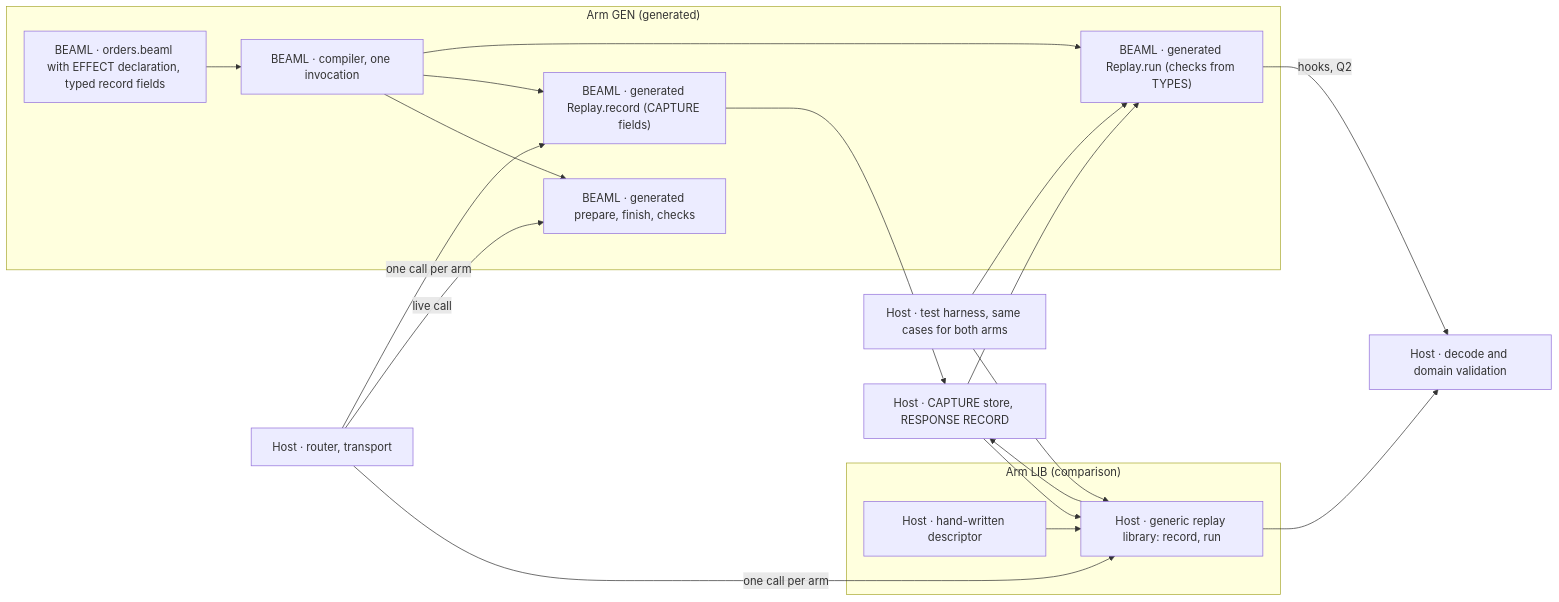
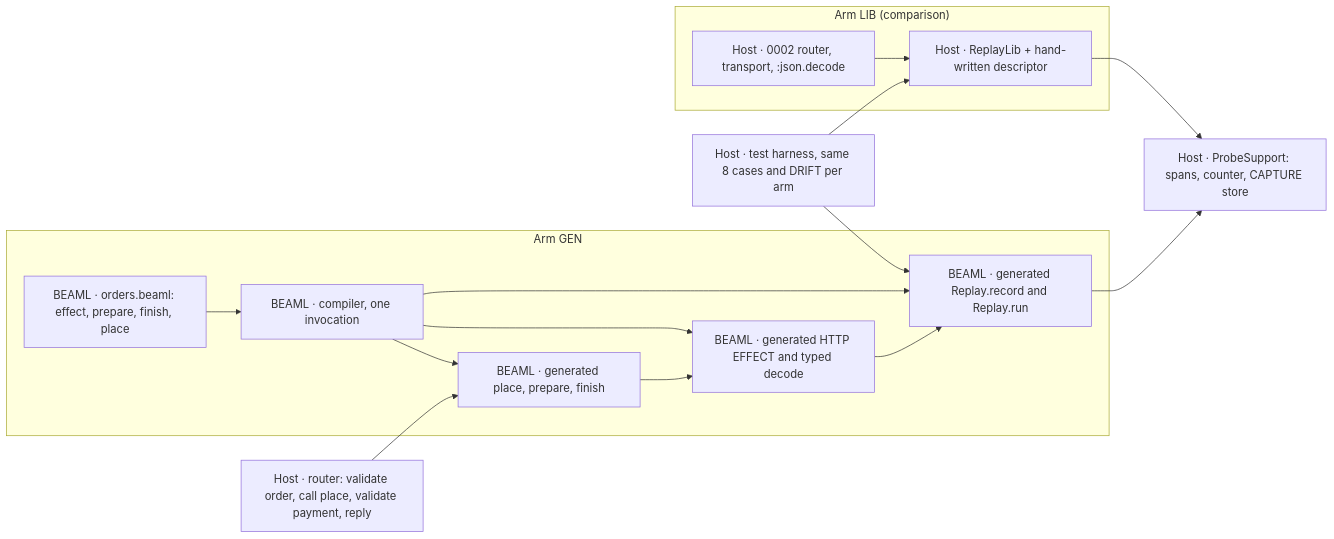
One commit to 13ue/beaml changed the diagram in experiments/0004-generated-replay/README.md. Above: the diagram before and after it, drawn with Mermaid. The commit also changed other lines of this file and 1 other file, not shown here.

````diff
--- a/experiments/0004-generated-replay/README.md
+++ b/experiments/0004-generated-replay/README.md
@@ -29,23 +30,18 @@
 ```mermaid
 flowchart LR
-  subgraph GEN["Arm GEN (generated)"]
-    D["BEAML · orders.beaml with EFFECT declaration, typed record fields"] --> C["BEAML · compiler, one invocation"]
-    C --> G["BEAML · generated prepare, finish, checks"]
-    C --> GR["BEAML · generated Replay.record (CAPTURE fields)"]
-    C --> GN["BEAML · generated Replay.run (checks from TYPES)"]
+  subgraph GEN["Arm GEN"]
+    S["BEAML · orders.beaml: effect, prepare, finish, place"] --> C["BEAML · compiler, one invocation"]
+    C --> P["BEAML · generated place, prepare, finish"]
+    C --> T["BEAML · generated HTTP EFFECT and typed decode"]
+    C --> R["BEAML · generated Replay.record and Replay.run"]
   end
   subgraph LIB["Arm LIB (comparison)"]
-    LD["Host · hand-written descriptor"] --> LL["Host · generic replay library: record, run"]
+    LH["Host · 0002 router, transport, :json.decode"] --> LL["Host · ReplayLib + hand-written descriptor"]
   end
-  H["Host · router, transport"] -->|live call| G
-  H -->|one call per arm| GR
-  H -->|one call per arm| LL
-  GR --> S["Host · CAPTURE store, RESPONSE RECORD"]
-  LL --> S
-  S --> GN
-  S --> LL
-  GN -->|hooks, Q2| X["Host · decode and domain validation"]
-  LL --> X
-  E["Host · test harness, same cases for both arms"] --> GN
-  E --> LL
+  H["Host · router: validate order, call place, validate payment, reply"] --> P
+  P --> T --> R
+  R --> ST["Host · ProbeSupport: spans, counter, CAPTURE store"]
+  LL --> ST
+  X["Host · test harness, same 8 cases and DRIFT per arm"] --> R
+  X --> LL
 ```
````
